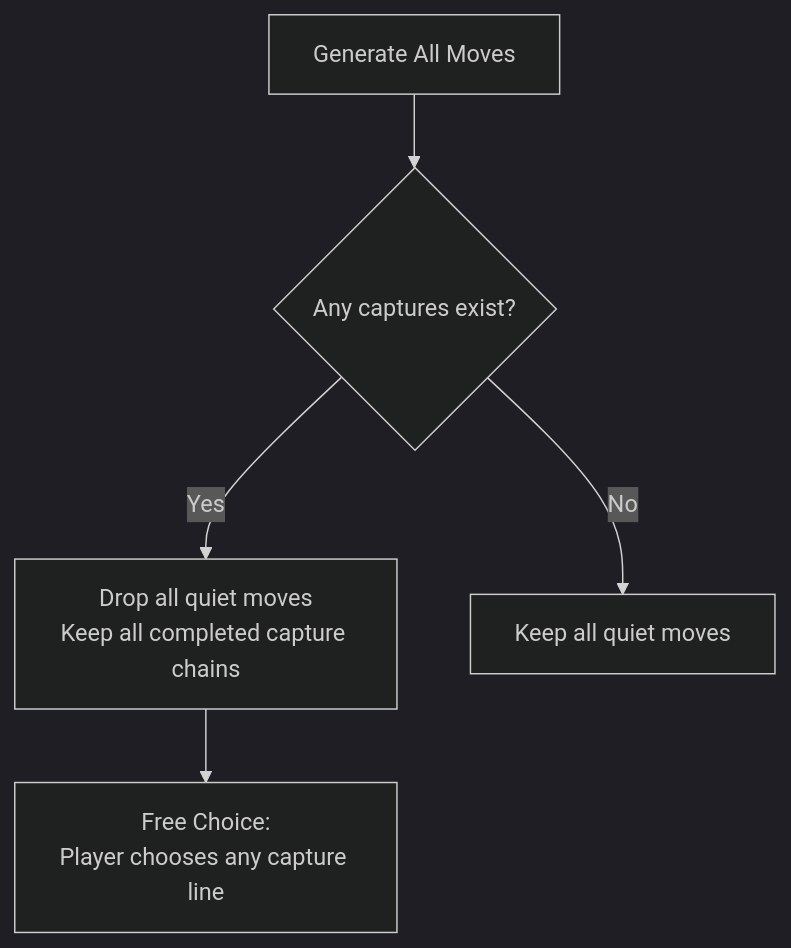
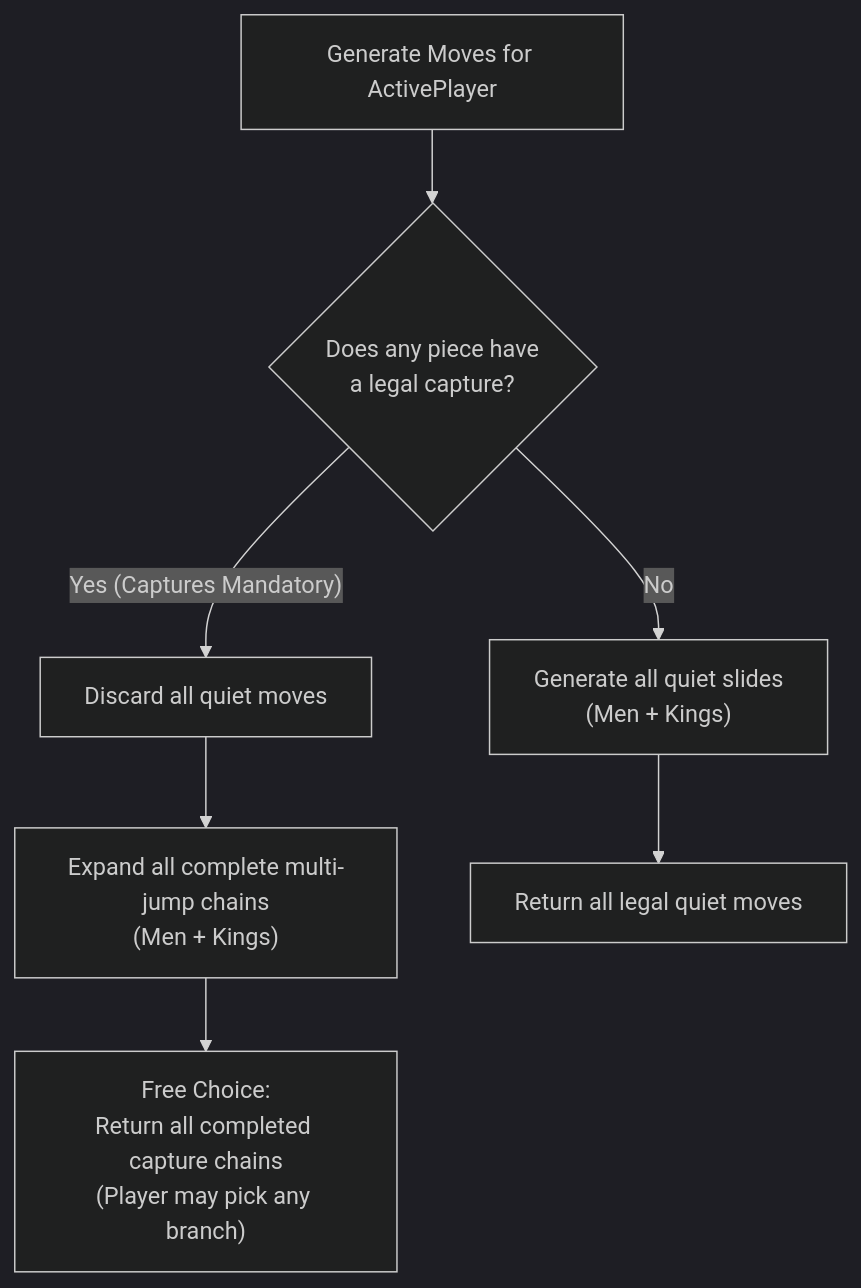
The diagram in docs/brain/03-rules-and-move-generation.md (cjp-dev/Checkers), drawn with Mermaid (dark theme) before and after one commit. The commit also changed other lines of this file and 19 other files, not shown here.

````diff
--- a/docs/brain/03-rules-and-move-generation.md
+++ b/docs/brain/03-rules-and-move-generation.md
@@ -121,7 +112,9 @@
 ```mermaid
 flowchart TD
-    Scan[Generate All Moves] --> Check{Any captures exist?}
-    Check -- Yes --> Filter[Drop all quiet moves<br/>Keep all completed capture chains]
-    Check -- No --> KeepQuiet[Keep all quiet moves]
-    Filter --> FreeChoice["Free Choice:<br/>Player chooses any capture line"]
+    Start["Generate Moves for ActivePlayer"] --> CheckCap{"Does any piece have<br/>a legal capture?"}
+    CheckCap -- "Yes (Captures Mandatory)" --> DropQuiet["Discard all quiet moves"]
+    DropQuiet --> ExpandChains["Expand all complete multi-jump chains<br/>(Men + Kings)"]
+    ExpandChains --> FreeChoice["Free Choice:<br/>Return all completed capture chains<br/>(Player may pick any branch)"]
+    CheckCap -- "No" --> GenQuiet["Generate all quiet slides<br/>(Men + Kings)"]
+    GenQuiet --> ReturnQuiet["Return all legal quiet moves"]
 ```
````
